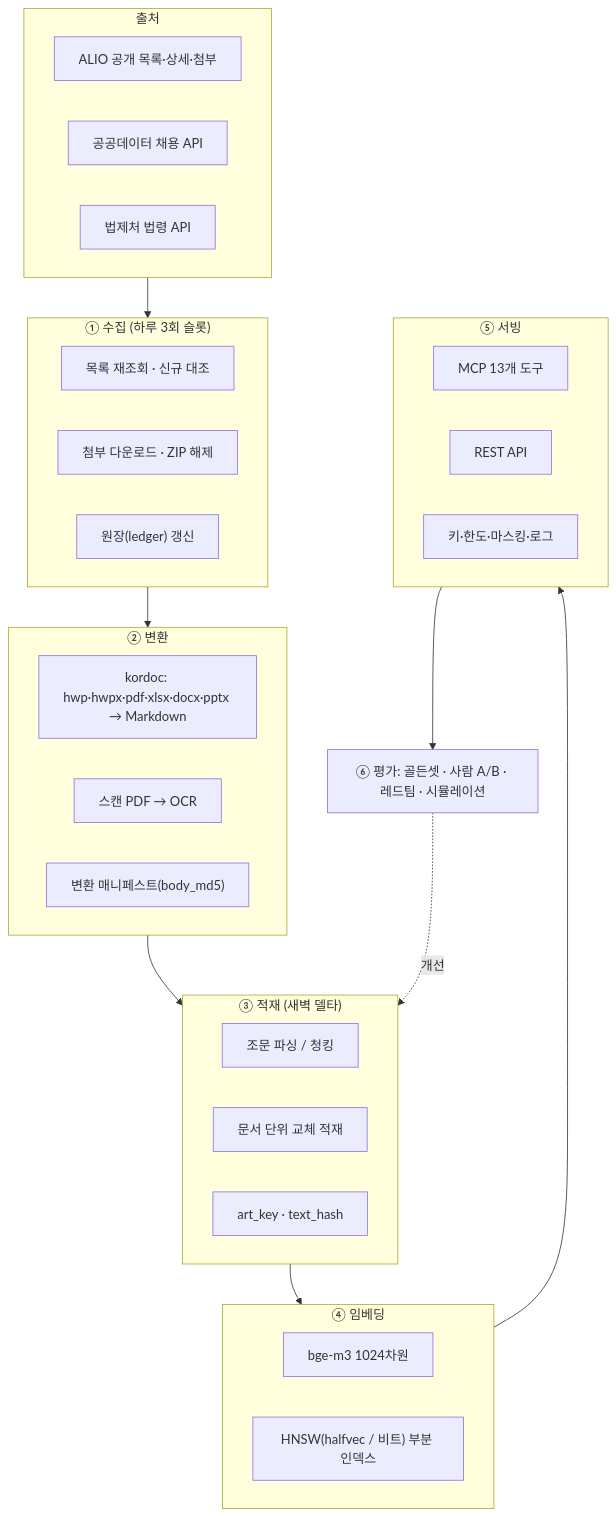
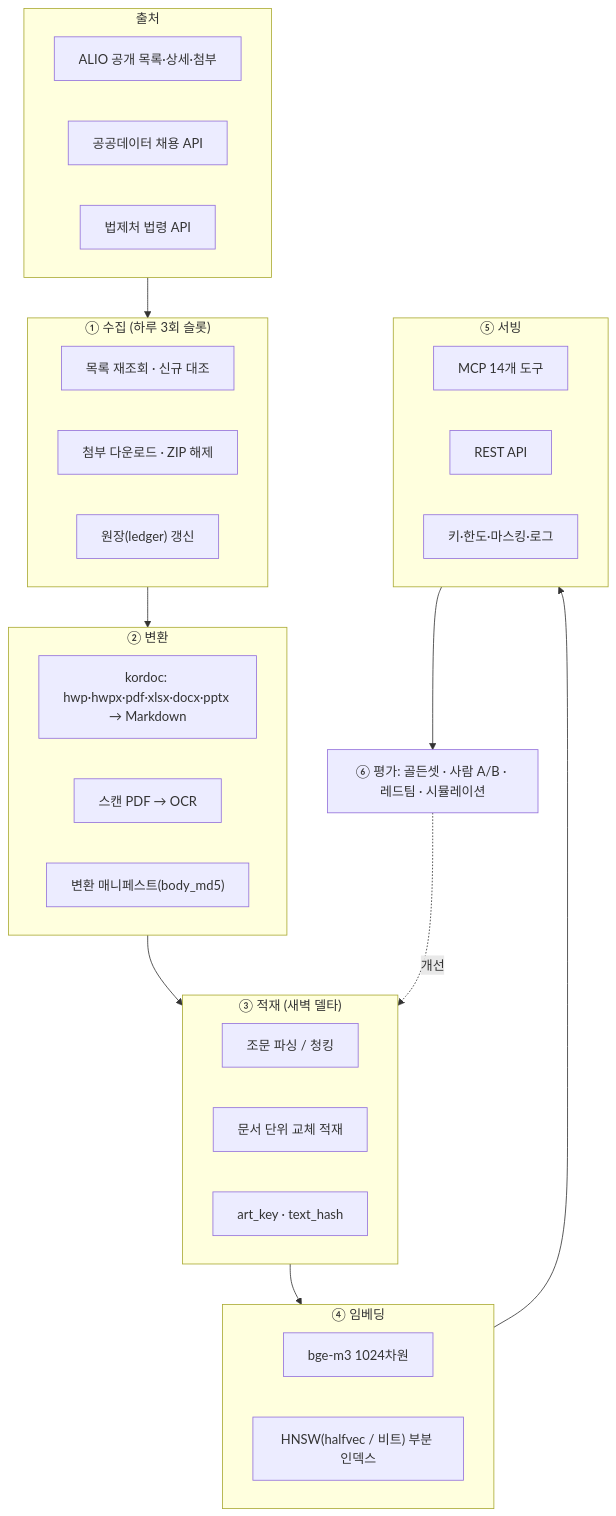
The diagram in docs/01_overview.md (bigone-kcrew/alio-rag), drawn with Mermaid before and after one commit. The commit also changed 17 other files, not shown here.

````diff
--- a/docs/01_overview.md
+++ b/docs/01_overview.md
@@ -11,35 +11,35 @@
 ```mermaid
 flowchart TB
   subgraph SRC["출처"]
     S1["ALIO 공개 목록·상세·첨부"]
     S2["공공데이터 채용 API"]
     S3["법제처 법령 API"]
   end
   subgraph COL["① 수집 (하루 3회 슬롯)"]
     C1["목록 재조회 · 신규 대조"]
     C2["첨부 다운로드 · ZIP 해제"]
     C3["원장(ledger) 갱신"]
   end
   subgraph CONV["② 변환"]
     V1["kordoc: hwp·hwpx·pdf·xlsx·docx·pptx → Markdown"]
     V2["스캔 PDF → OCR"]
     V3["변환 매니페스트(body_md5)"]
   end
   subgraph LOAD["③ 적재 (새벽 델타)"]
     L1["조문 파싱 / 청킹"]
     L2["문서 단위 교체 적재"]
     L3["art_key · text_hash"]
   end
   subgraph EMB["④ 임베딩"]
     E1["bge-m3 1024차원"]
     E2["HNSW(halfvec / 비트) 부분 인덱스"]
   end
   subgraph SERVE["⑤ 서빙"]
-    M1["MCP 13개 도구"]
+    M1["MCP 14개 도구"]
     M2["REST API"]
     M3["키·한도·마스킹·로그"]
   end
   EVAL["⑥ 평가: 골든셋 · 사람 A/B · 레드팀 · 시뮬레이션"]
   SRC --> COL --> CONV --> LOAD --> EMB --> SERVE --> EVAL
   EVAL -. 개선 .-> LOAD
 ```
````
